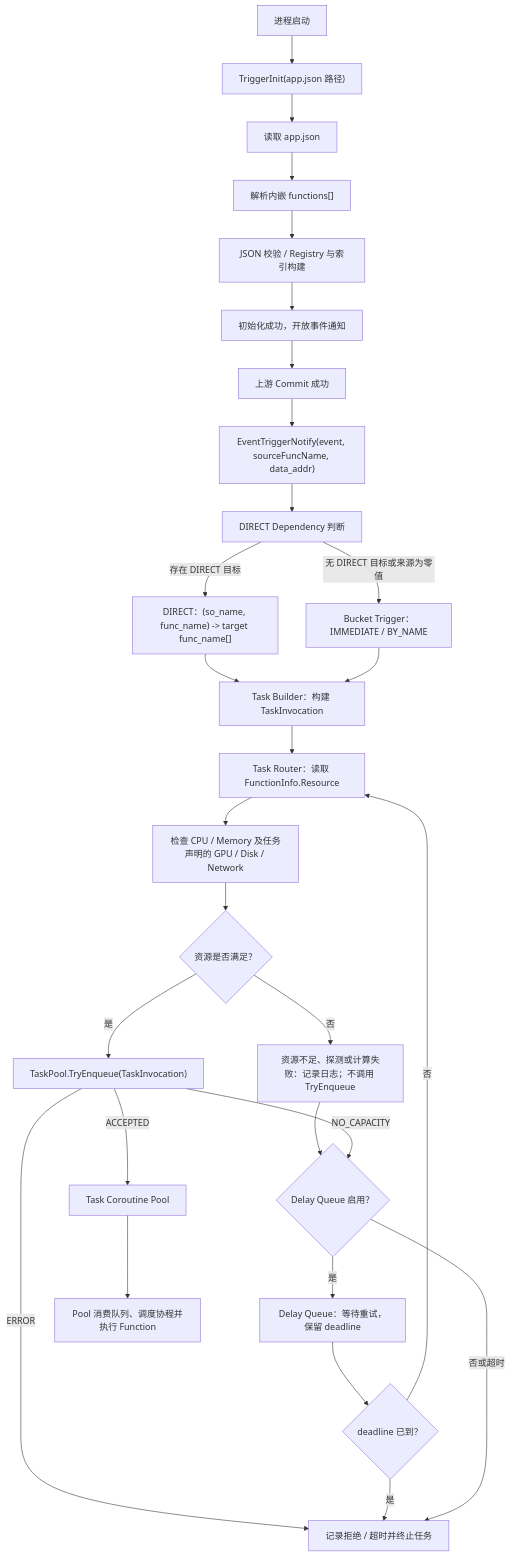
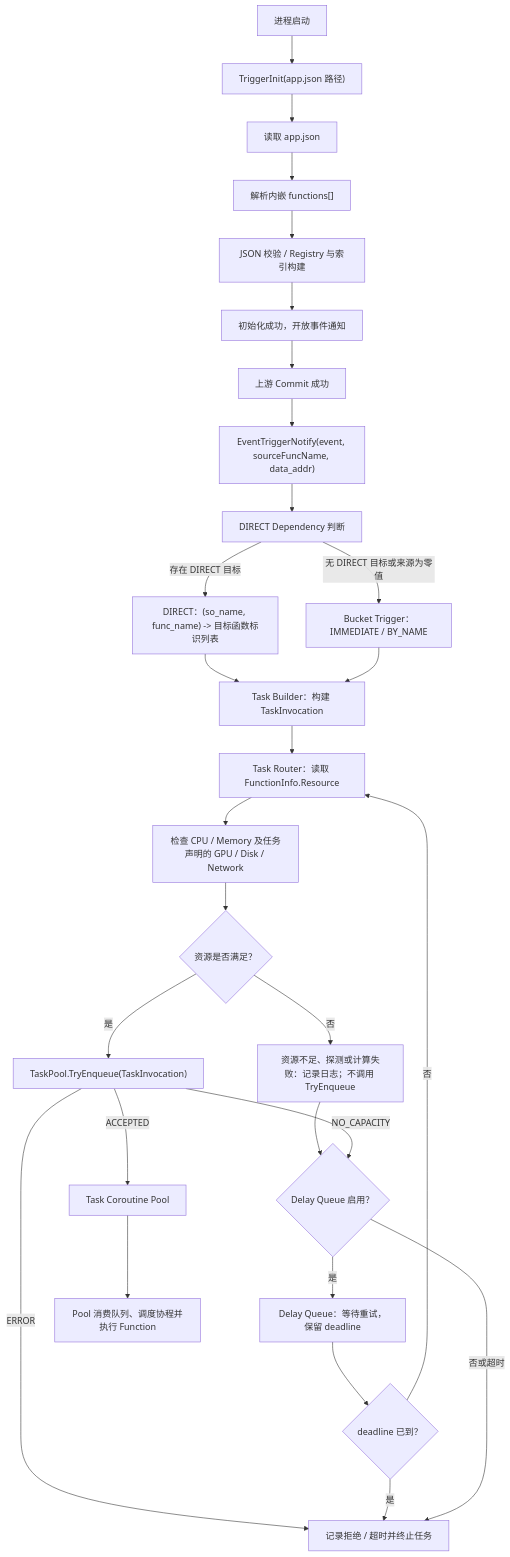
Before and after one commit to 10wvw01/Pheromone-mini: the first of 7 diagrams in docs/DESIGN.md, drawn with Mermaid. The commit also changed other lines of this file and 9 other files, not shown here.

```diff
--- a/docs/DESIGN.md
+++ b/docs/DESIGN.md
@@ -84,30 +84,30 @@
 ~~~mermaid
 flowchart TD
     A["进程启动"] --> B["TriggerInit(app.json 路径)"]
     B --> C["读取 app.json"]
     C --> D["解析内嵌 functions[]"]
     D --> E["JSON 校验 / Registry 与索引构建"]
     E --> F["初始化成功，开放事件通知"]
     F --> G["上游 Commit 成功"]
     G --> H["EventTriggerNotify(event, sourceFuncName, data_addr)"]
     H --> I["DIRECT Dependency 判断"]
-    I -->|存在 DIRECT 目标| J["DIRECT：(so_name, func_name) -> target func_name[]"]
+    I -->|存在 DIRECT 目标| J["DIRECT：(so_name, func_name) -> 目标函数标识列表"]
     I -->|无 DIRECT 目标或来源为零值| K["Bucket Trigger：IMMEDIATE / BY_NAME"]
     J --> L["Task Builder：构建 TaskInvocation"]
     K --> L
     L --> M["Task Router：读取 FunctionInfo.Resource"]
     M --> N["检查 CPU / Memory 及任务声明的 GPU / Disk / Network"]
     N --> O{"资源是否满足？"}
     O -->|否| P["资源不足、探测或计算失败：记录日志；不调用 TryEnqueue"]
     O -->|是| Q["TaskPool.TryEnqueue(TaskInvocation)"]
     Q -->|ERROR| U
     Q -->|ACCEPTED| R["Task Coroutine Pool"]
     P --> S
     Q -->|NO_CAPACITY| S{"Delay Queue 启用？"}
     S -->|是| T["Delay Queue：等待重试，保留 deadline"]
     T --> W{"deadline 已到？"}
     W -->|否| M
     W -->|是| U
     S -->|否或超时| U["记录拒绝 / 超时并终止任务"]
     R --> V["Pool 消费队列、调度协程并执行 Function"]
 ~~~
```
